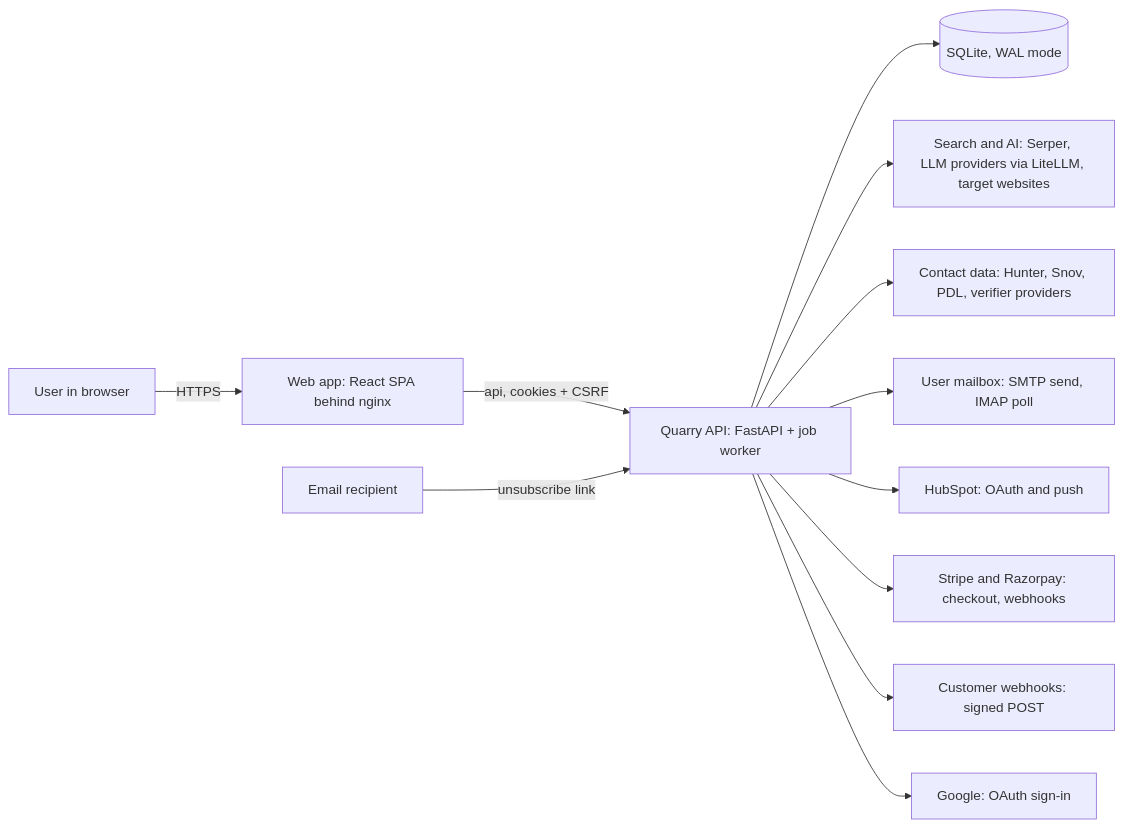
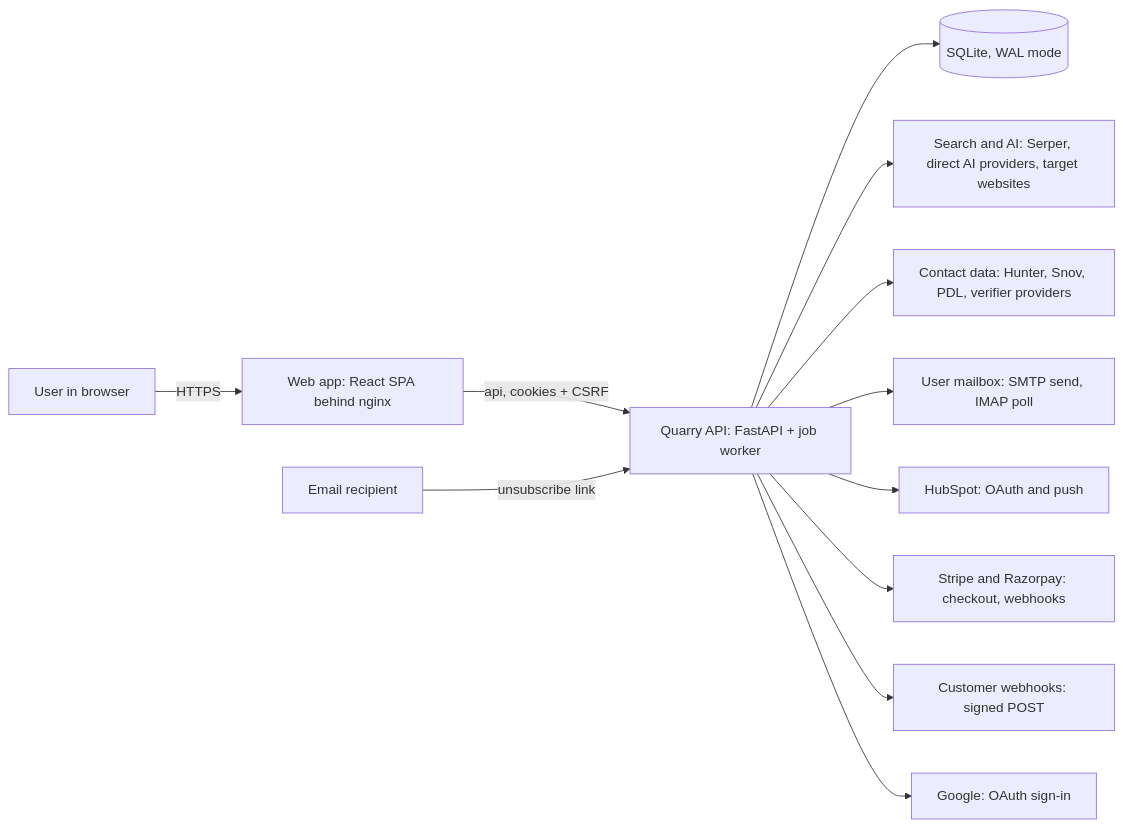
One commit to ManojAbhiram/quarry changed the first of 8 diagrams in docs/product/02-System-Design.md. Above: the diagram before and after it, drawn with Mermaid. The commit also changed other lines of this file and 29 other files, not shown here.

````diff
--- a/docs/product/02-System-Design.md
+++ b/docs/product/02-System-Design.md
@@ -29,14 +33,14 @@
 ```mermaid title="System context" page=portrait
 flowchart LR
   U[User in browser] -->|HTTPS| W[Web app: React SPA behind nginx]
   W -->|api, cookies + CSRF| A[Quarry API: FastAPI + job worker]
   R[Email recipient] -->|unsubscribe link| A
   A --> DB[(SQLite, WAL mode)]
-  A --> S[Search and AI: Serper, LLM providers via LiteLLM, target websites]
+  A --> S[Search and AI: Serper, direct AI providers, target websites]
   A --> V[Contact data: Hunter, Snov, PDL, verifier providers]
   A --> M[User mailbox: SMTP send, IMAP poll]
   A --> H[HubSpot: OAuth and push]
   A --> P[Stripe and Razorpay: checkout, webhooks]
   A --> X[Customer webhooks: signed POST]
   A --> G[Google: OAuth sign-in]
 ```
````
